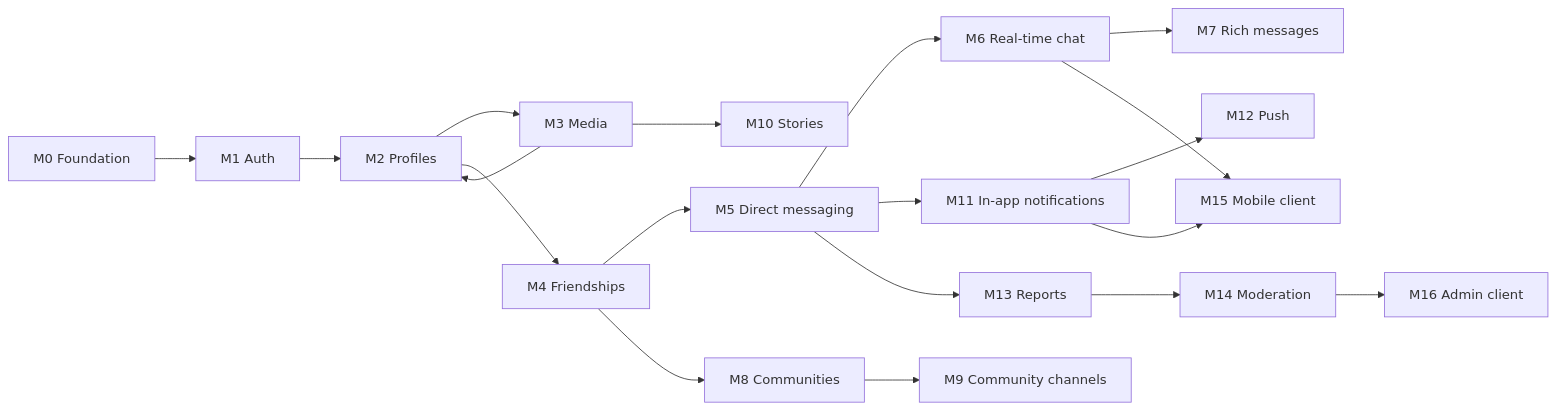
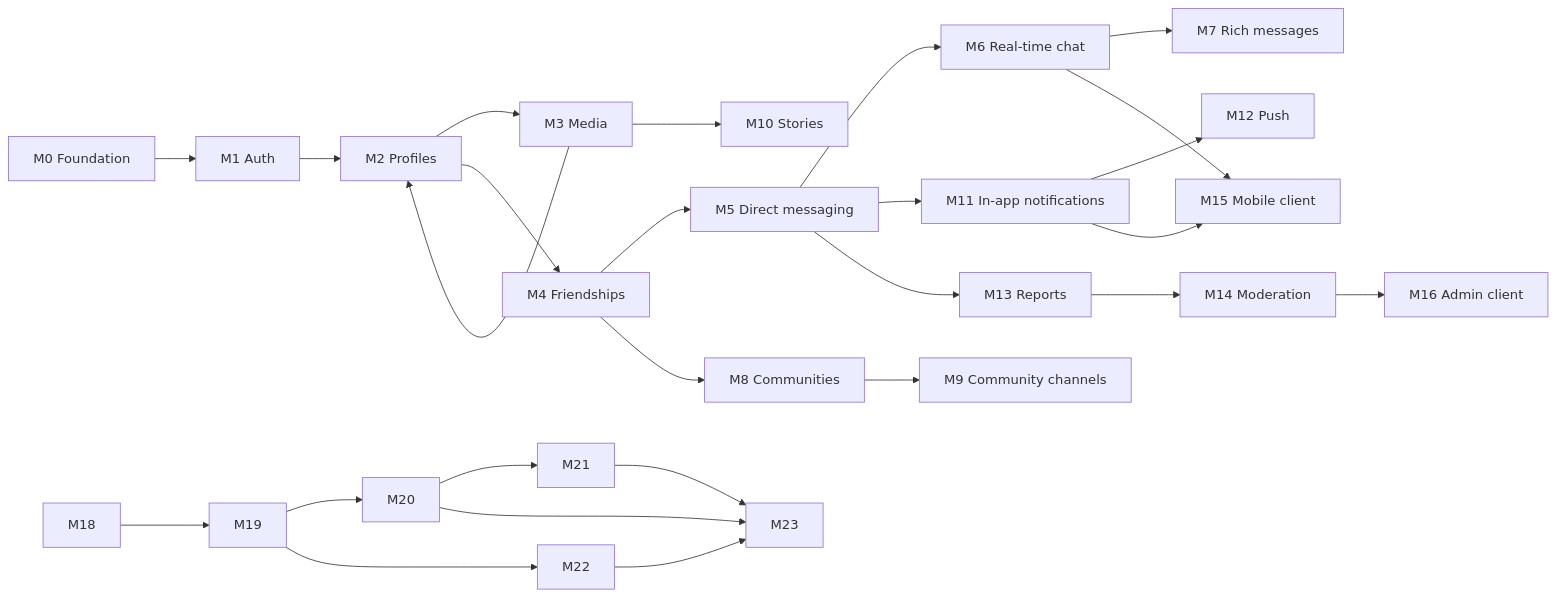
Before and after one commit to Zic-7x/LibreVerse-v1.1: the diagram in docs/guides/development-roadmap.md, drawn with Mermaid. The commit also changed other lines of this file, not shown here.

Commit message:
docs: add creative studio roadmap

````diff
--- a/docs/guides/development-roadmap.md
+++ b/docs/guides/development-roadmap.md
@@ -15,32 +15,37 @@
 ```mermaid
 flowchart LR
   M0[M0 Foundation]
   M1[M1 Auth]
   M2[M2 Profiles]
   M3[M3 Media]
   M4[M4 Friendships]
   M5[M5 Direct messaging]
   M6[M6 Real-time chat]
   M7[M7 Rich messages]
   M8[M8 Communities]
   M9[M9 Community channels]
   M10[M10 Stories]
   M11[M11 In-app notifications]
   M12[M12 Push]
   M13[M13 Reports]
   M14[M14 Moderation]
   M15[M15 Mobile client]
   M16[M16 Admin client]
 
   M0 --> M1 --> M2 --> M3
   M2 --> M4
   M3 --> M2
   M4 --> M5 --> M6 --> M7
   M4 --> M8 --> M9
   M3 --> M10
   M5 --> M11 --> M12
   M5 --> M13 --> M14
   M6 --> M15
   M11 --> M15
   M14 --> M16
+  M18 --> M19 --> M20 --> M21
+  M19 --> M22
+  M20 --> M23
+  M21 --> M23
+  M22 --> M23
 ```
````
